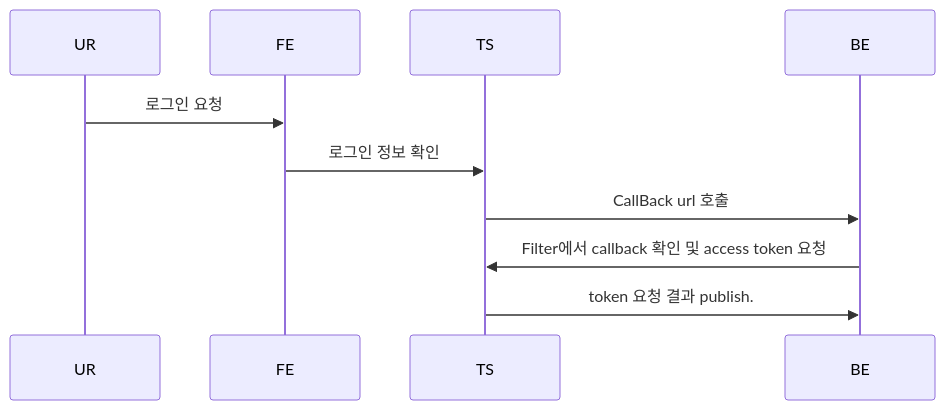
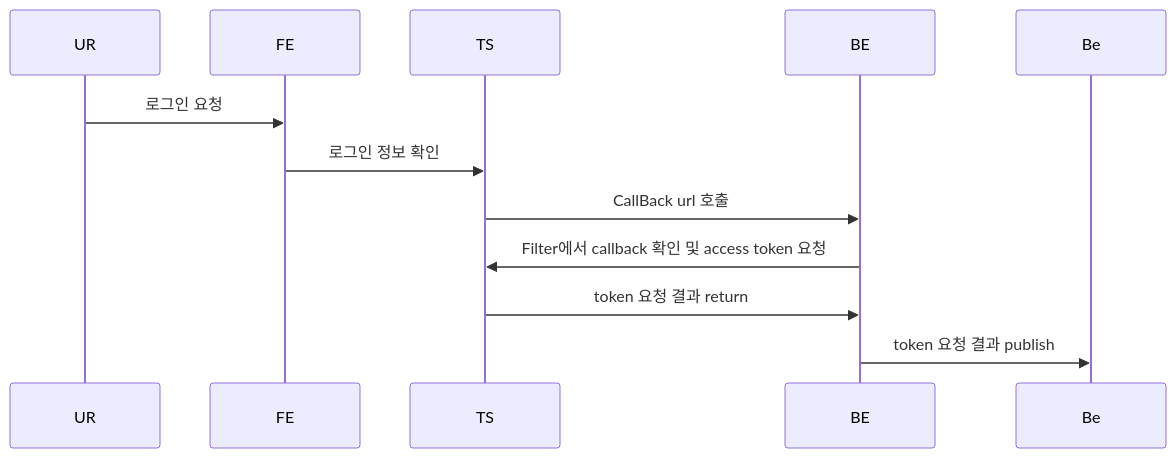
One commit to SpadeJJJ/oauth_rebuild changed the first of 2 diagrams in README.md. Above: the diagram before and after it, drawn with Mermaid. The commit also changed other lines of this file, not shown here.

````diff
--- a/README.md
+++ b/README.md
@@ -16,9 +16,10 @@
 ```mermaid
 sequenceDiagram
 UR ->> FE : 로그인 요청
 FE ->> TS : 로그인 정보 확인
 TS ->> BE : CallBack url 호출
 BE ->> TS : Filter에서 callback 확인 및 access token 요청
-TS ->> BE : token 요청 결과 publish.
+TS ->> BE : token 요청 결과 return
+BE ->> Be : token 요청 결과 publish
 
 ```
````
